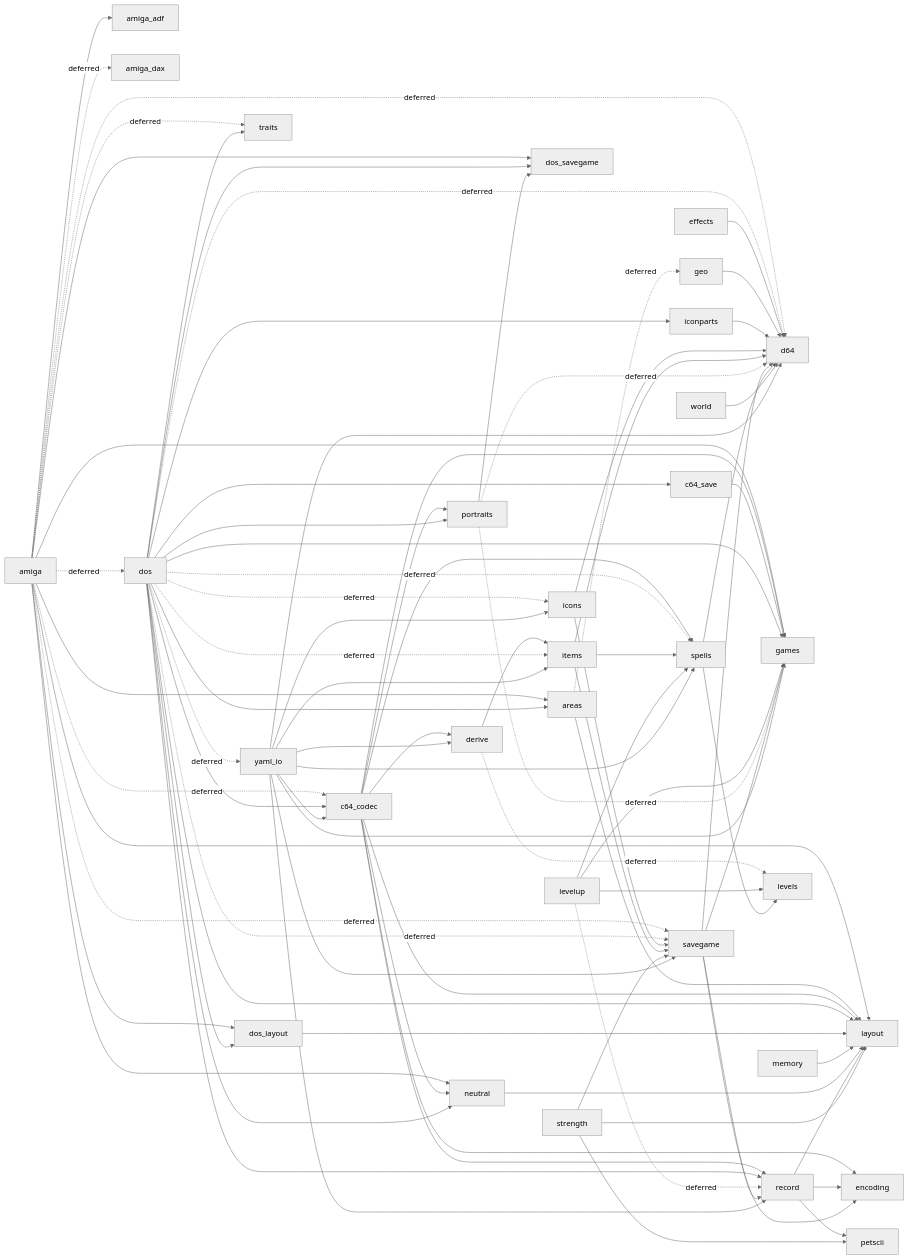
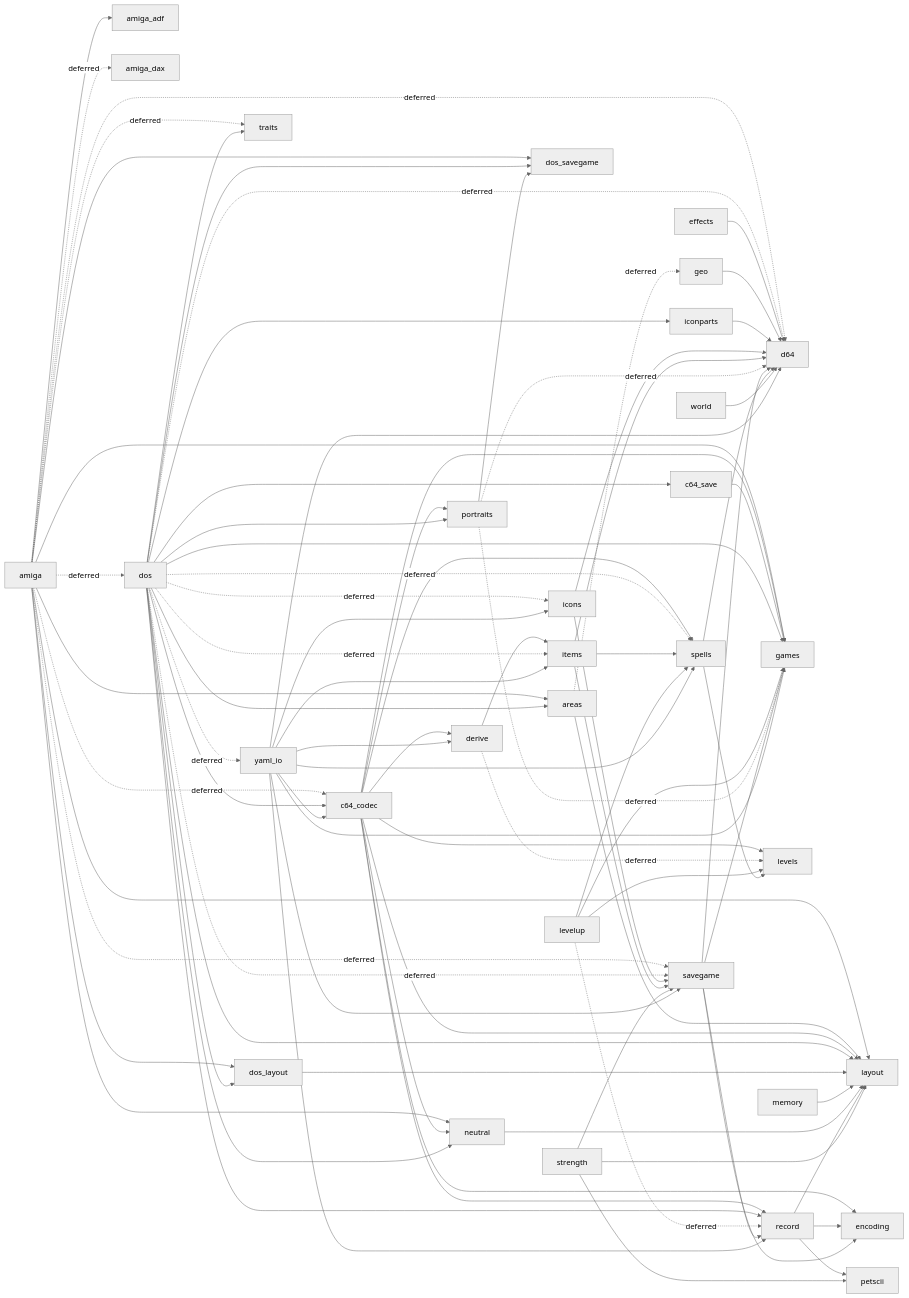
Before and after one commit to malcyon/wish: the fourth of 4 diagrams in docs/117-save-conversion.md, drawn with Mermaid (neutral theme). The commit also changed 5 other files, not shown here.

```diff
--- a/docs/117-save-conversion.md
+++ b/docs/117-save-conversion.md
@@ -1864,6 +1864,7 @@
   c64_codec --> encoding
   c64_codec --> games
   c64_codec --> layout
+  c64_codec --> levels
   c64_codec --> neutral
   c64_codec --> portraits
   c64_codec --> record
```
